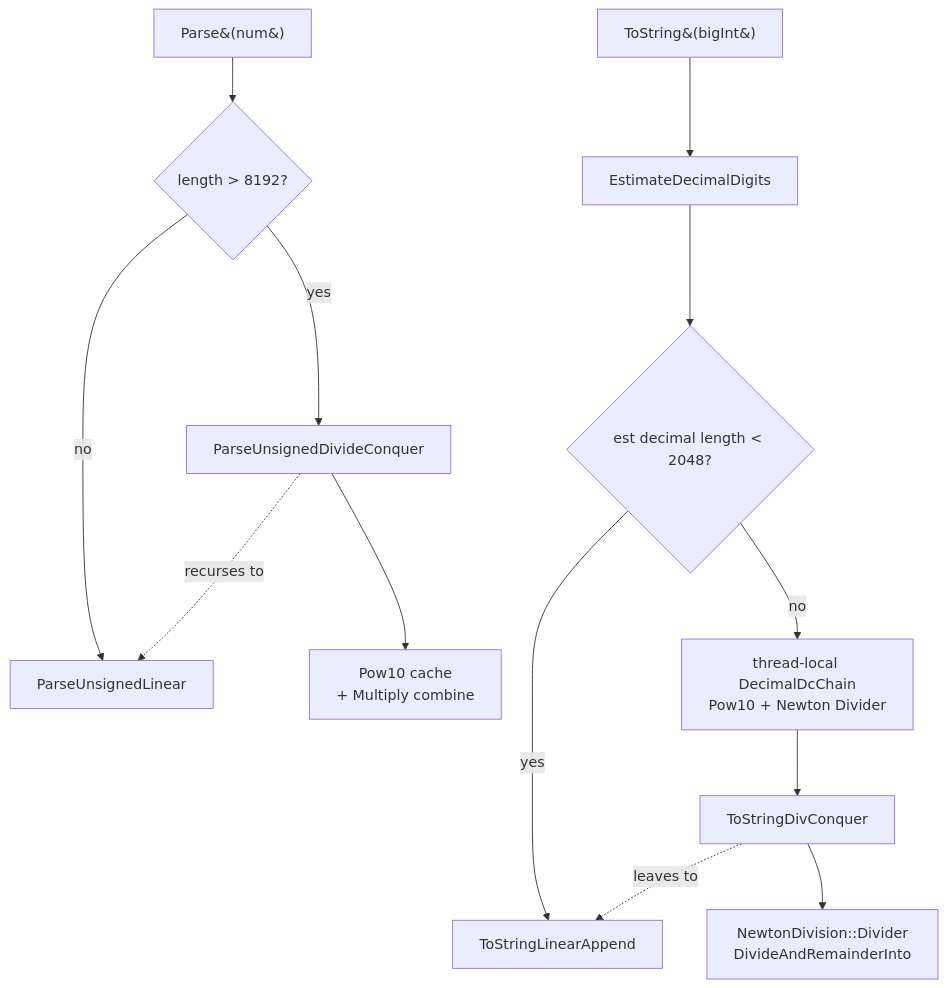
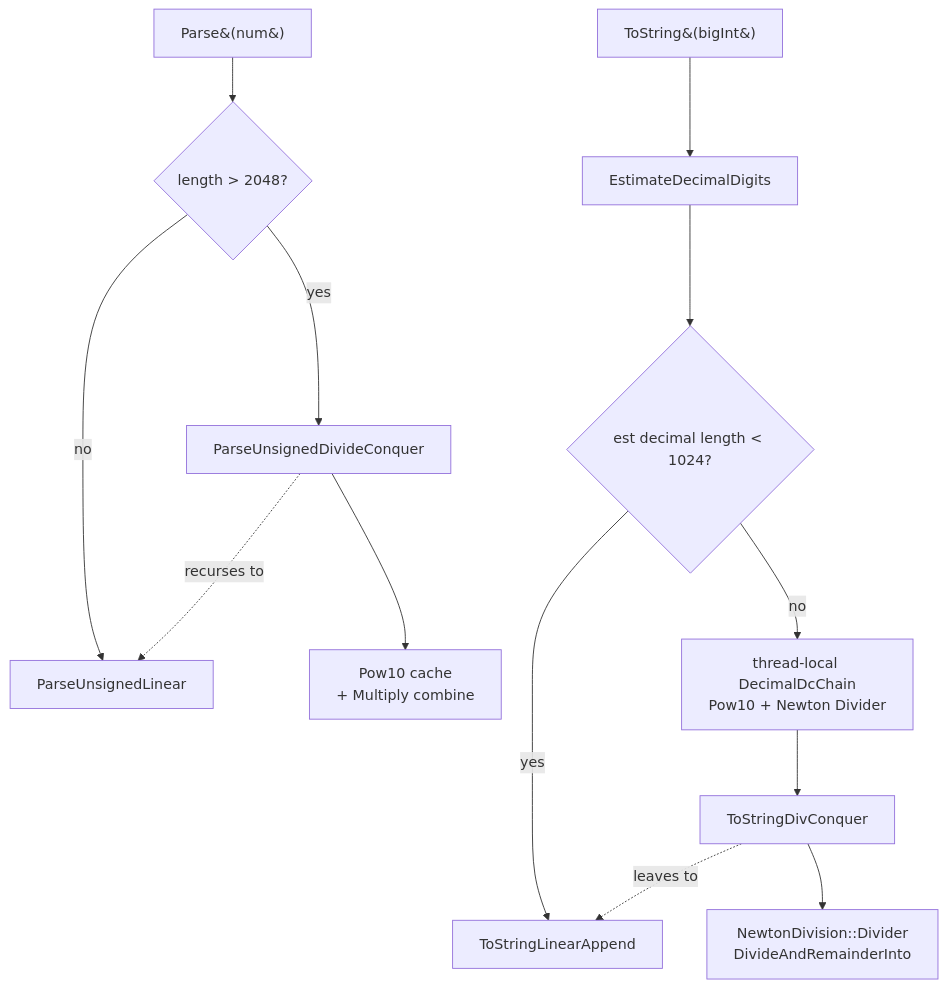
The diagram in docs/STRING_CONVERSION.md (mmurshed/biginteger), drawn with Mermaid before and after one commit. The commit also changed other lines of this file and 1 other file, not shown here.

First line of the commit message:
perf: lower decimal D&C thresholds (parse 8192->2048, tostr 2048->1024)

````diff
--- a/docs/STRING_CONVERSION.md
+++ b/docs/STRING_CONVERSION.md
@@ -367,16 +367,16 @@
 ```mermaid
 flowchart TD
-    P[Parse&#40;num&#41;] --> P2{length &gt; 8192?}
+    P[Parse&#40;num&#41;] --> P2{length &gt; 2048?}
     P2 -- no --> PL[ParseUnsignedLinear]
     P2 -- yes --> PD[ParseUnsignedDivideConquer]
     PD --> PP[Pow10 cache<br/>+ Multiply combine]
     PD -. recurses to .-> PL
 
     T[ToString&#40;bigInt&#41;] --> TE[EstimateDecimalDigits]
-    TE --> T2{est decimal length &lt; 2048?}
+    TE --> T2{est decimal length &lt; 1024?}
     T2 -- yes --> TL[ToStringLinearAppend]
     T2 -- no --> TC[thread-local DecimalDcChain<br/>Pow10 + Newton Divider]
     TC --> TD[ToStringDivConquer]
     TD --> NV[NewtonDivision::Divider<br/>DivideAndRemainderInto]
     TD -. leaves to .-> TL
 ```
````
